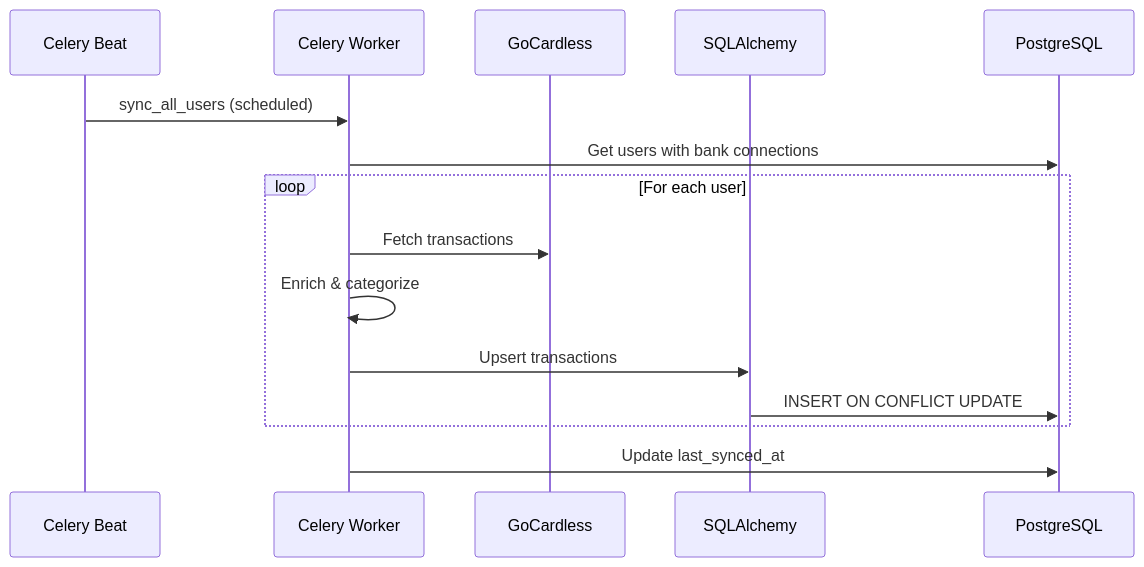
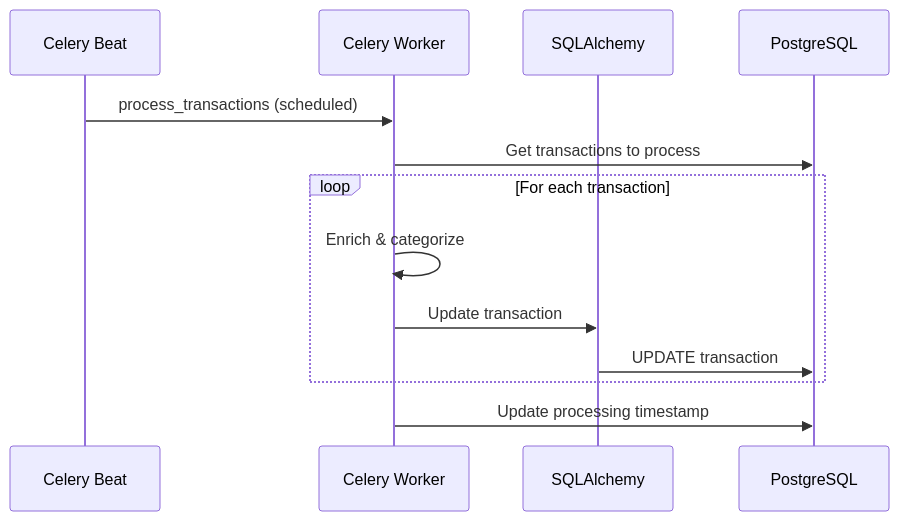
The fifth of 6 diagrams in docs/architecture.md (syllogic-ai/syllogic), drawn with Mermaid before and after one commit. The commit also changed other lines of this file and 1 other file, not shown here.

````diff
--- a/docs/architecture.md
+++ b/docs/architecture.md
@@ -805,18 +777,16 @@
 ```mermaid
 sequenceDiagram
     participant Beat as Celery Beat
     participant Worker as Celery Worker
-    participant GC as GoCardless
     participant SQLAlchemy
     participant DB as PostgreSQL
 
-    Beat->>Worker: sync_all_users (scheduled)
-    Worker->>DB: Get users with bank connections
-    loop For each user
-        Worker->>GC: Fetch transactions
+    Beat->>Worker: process_transactions (scheduled)
+    Worker->>DB: Get transactions to process
+    loop For each transaction
         Worker->>Worker: Enrich & categorize
-        Worker->>SQLAlchemy: Upsert transactions
-        SQLAlchemy->>DB: INSERT ON CONFLICT UPDATE
+        Worker->>SQLAlchemy: Update transaction
+        SQLAlchemy->>DB: UPDATE transaction
     end
-    Worker->>DB: Update last_synced_at
+    Worker->>DB: Update processing timestamp
 ```
````
